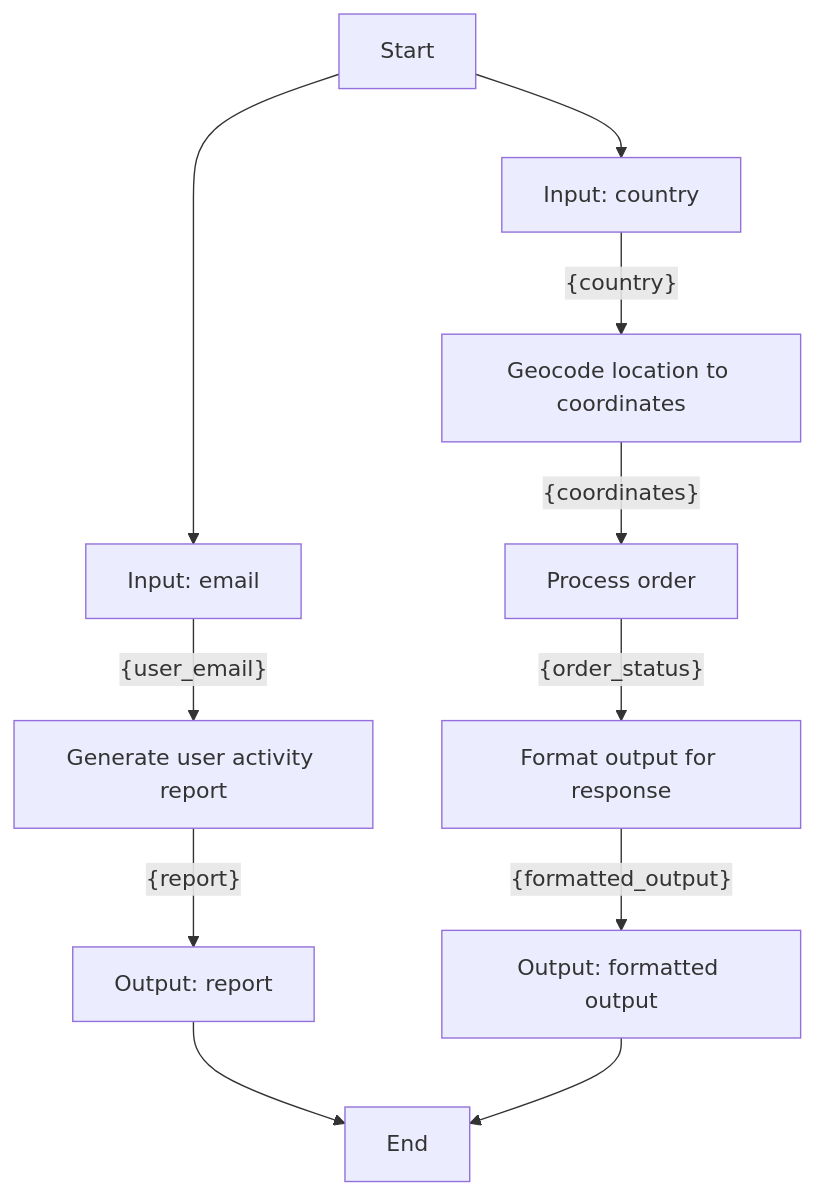
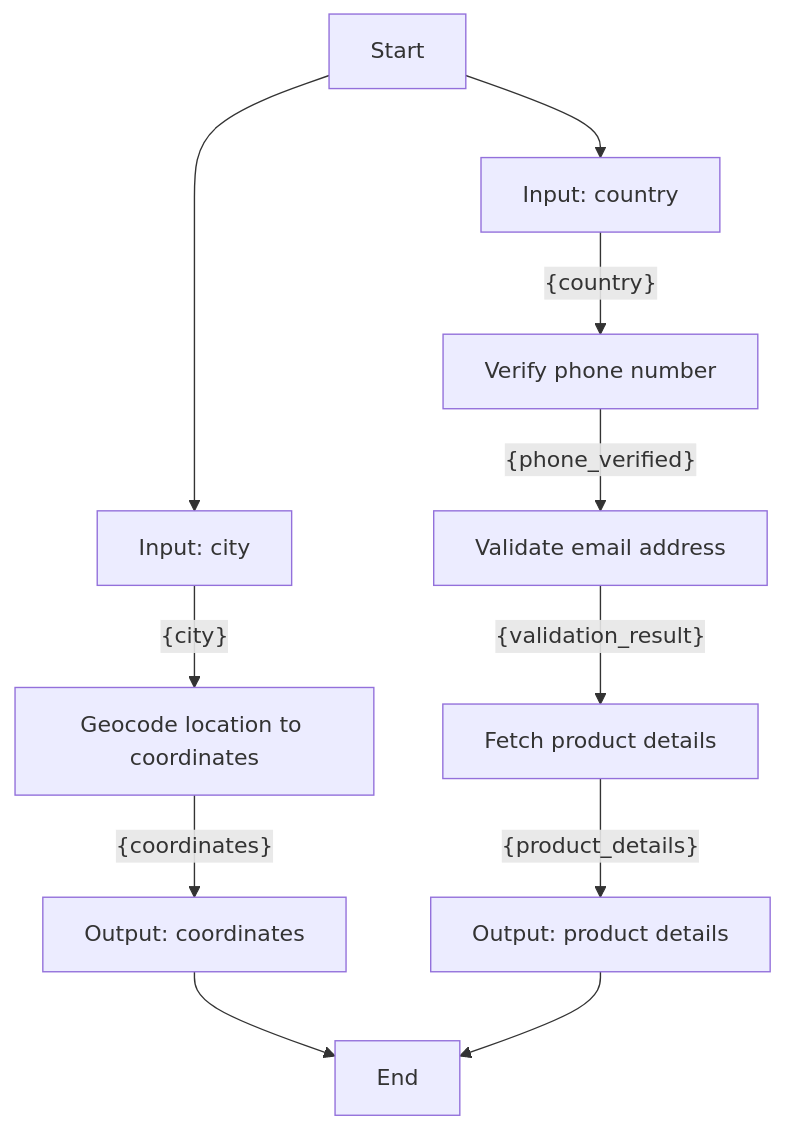
The diagram in poc-dsl-compiler/input/workflows/workflow_5.md (YJ-928/Temporal-Python-SDK), drawn with Mermaid before and after one commit. The commit also changed 52 other files, not shown here.

````diff
--- a/poc-dsl-compiler/input/workflows/workflow_5.md
+++ b/poc-dsl-compiler/input/workflows/workflow_5.md
@@ -1,13 +1,13 @@
 ```mermaid
 graph TD
-    A[Start] --> B[Input: email]
-    B[Input: email] -- {user_email} --> C[Generate user activity report]
-    C[Generate user activity report] -- {report} --> D[Output: report]
-    D[Output: report] --> J[End]
+    A[Start] --> B[Input: city]
+    B[Input: city] -- {city} --> C[Geocode location to coordinates]
+    C[Geocode location to coordinates] -- {coordinates} --> D[Output: coordinates]
+    D[Output: coordinates] --> J[End]
     A[Start] --> E[Input: country]
-    E[Input: country] -- {country} --> F[Geocode location to coordinates]
-    F[Geocode location to coordinates] -- {coordinates} --> G[Process order]
-    G[Process order] -- {order_status} --> H[Format output for response]
-    H[Format output for response] -- {formatted_output} --> I[Output: formatted output]
-    I[Output: formatted output] --> J[End]
+    E[Input: country] -- {country} --> F[Verify phone number]
+    F[Verify phone number] -- {phone_verified} --> G[Validate email address]
+    G[Validate email address] -- {validation_result} --> H[Fetch product details]
+    H[Fetch product details] -- {product_details} --> I[Output: product details]
+    I[Output: product details] --> J[End]
 ```
````
